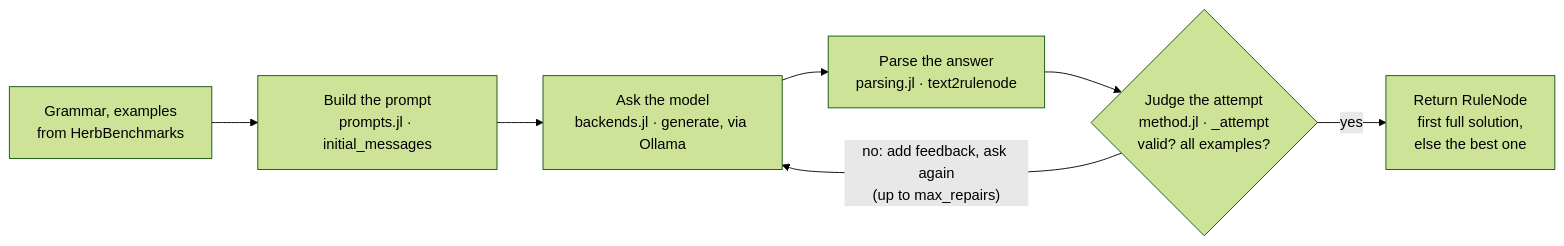
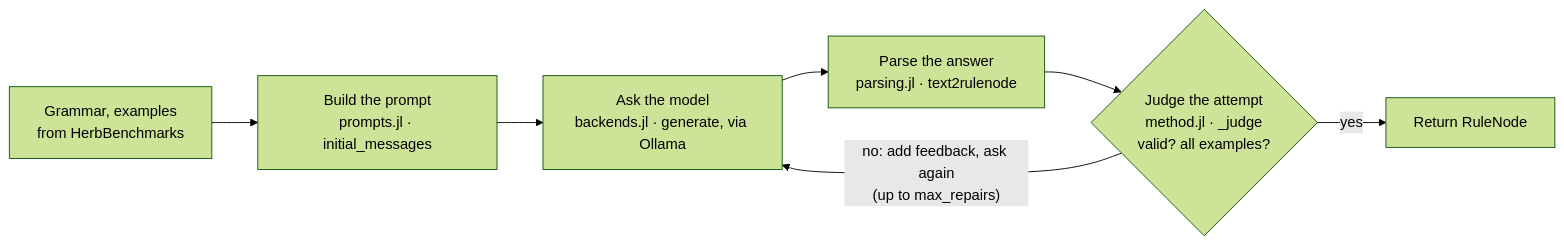
One commit to Herb-AI/Garden.jl changed the diagram in src/llm_baseline/CODE_GUIDE.md. Above: the diagram before and after it, drawn with Mermaid (forest theme). The commit also changed other lines of this file and 7 other files, not shown here.

````diff
--- a/src/llm_baseline/CODE_GUIDE.md
+++ b/src/llm_baseline/CODE_GUIDE.md
@@ -9,9 +9,9 @@
 ```mermaid
 flowchart LR
     A["Grammar, examples<br/>from HerbBenchmarks"] --> B["Build the prompt<br/>prompts.jl · initial_messages"]
     B --> C["Ask the model<br/>backends.jl · generate, via Ollama"]
     C --> D["Parse the answer<br/>parsing.jl · text2rulenode"]
-    D --> E{"Judge the attempt<br/>method.jl · _attempt<br/>valid? all examples?"}
-    E -- yes --> F["Return RuleNode<br/>first full solution,<br/>else the best one"]
+    D --> E{"Judge the attempt<br/>method.jl · _judge<br/>valid? all examples?"}
+    E -- yes --> F["Return RuleNode"]
     E -- "no: add feedback, ask again<br/>(up to max_repairs)" --> C
 ```
````
